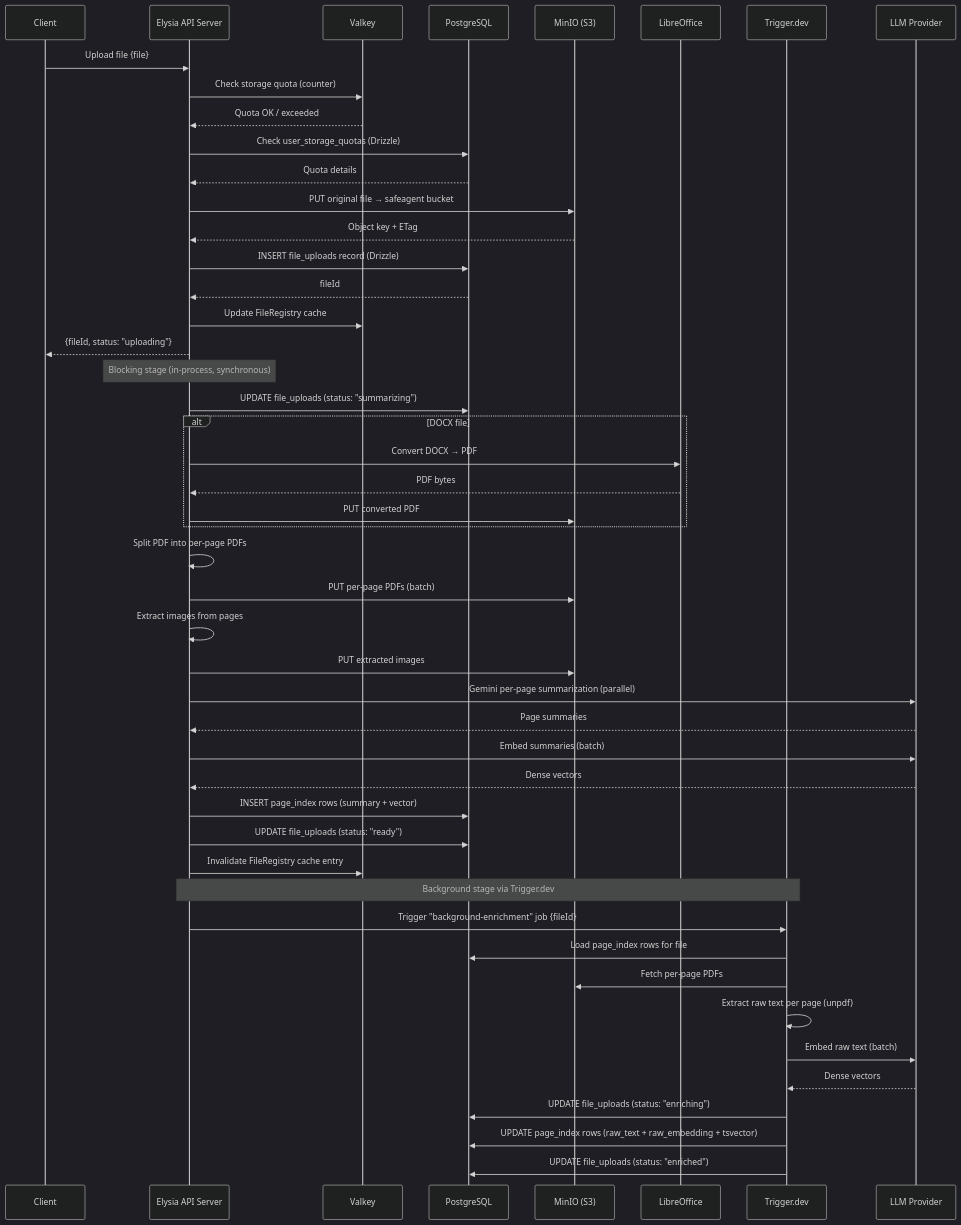
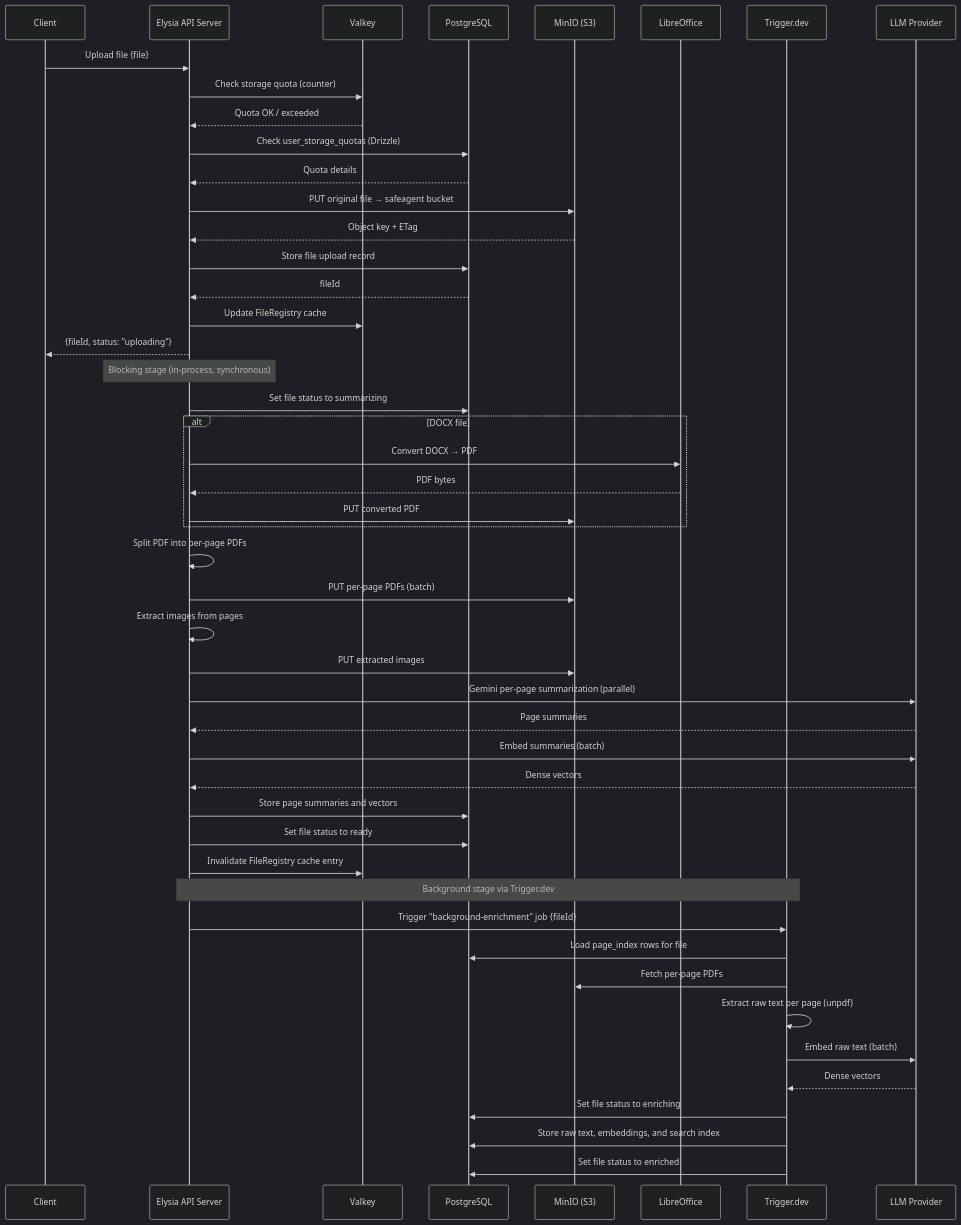
The seventh of 9 diagrams in plan/03-architecture.md (1qh/safeagent), drawn with Mermaid (dark theme) before and after one commit. The commit also changed 8 other files, not shown here.

Commit message:
fix remaining SQL in Mermaid, function signatures, version references across plan files

````diff
--- a/plan/03-architecture.md
+++ b/plan/03-architecture.md
@@ -380,62 +380,62 @@
 ```mermaid
 sequenceDiagram
     participant C as Client
     participant API as Elysia API Server
     participant VK as Valkey
     participant PG as PostgreSQL
     participant S3 as MinIO (S3)
     participant LO as LibreOffice
     participant TR as Trigger.dev
     participant LLM as LLM Provider
 
     C->>API: Upload file {file}
 
     API->>VK: Check storage quota (counter)
     VK-->>API: Quota OK / exceeded
 
     API->>PG: Check user_storage_quotas (Drizzle)
     PG-->>API: Quota details
 
     API->>S3: PUT original file → safeagent bucket
     S3-->>API: Object key + ETag
 
-    API->>PG: INSERT file_uploads record (Drizzle)
+    API->>PG: Store file upload record
     PG-->>API: fileId
 
     API->>VK: Update FileRegistry cache
     API-->>C: {fileId, status: "uploading"}
 
     Note over API: Blocking stage (in-process, synchronous)
 
-    API->>PG: UPDATE file_uploads (status: "summarizing")
+    API->>PG: Set file status to summarizing
 
     alt DOCX file
         API->>LO: Convert DOCX → PDF
         LO-->>API: PDF bytes
         API->>S3: PUT converted PDF
     end
 
     API->>API: Split PDF into per-page PDFs
     API->>S3: PUT per-page PDFs (batch)
     API->>API: Extract images from pages
     API->>S3: PUT extracted images
     API->>LLM: Gemini per-page summarization (parallel)
     LLM-->>API: Page summaries
     API->>LLM: Embed summaries (batch)
     LLM-->>API: Dense vectors
-    API->>PG: INSERT page_index rows (summary + vector)
-    API->>PG: UPDATE file_uploads (status: "ready")
+    API->>PG: Store page summaries and vectors
+    API->>PG: Set file status to ready
     API->>VK: Invalidate FileRegistry cache entry
 
     Note over API,TR: Background stage via Trigger.dev
 
     API->>TR: Trigger "background-enrichment" job {fileId}
     TR->>PG: Load page_index rows for file
     TR->>S3: Fetch per-page PDFs
     TR->>TR: Extract raw text per page (unpdf)
     TR->>LLM: Embed raw text (batch)
     LLM-->>TR: Dense vectors
-    TR->>PG: UPDATE file_uploads (status: "enriching")
-    TR->>PG: UPDATE page_index rows (raw_text + raw_embedding + tsvector)
-    TR->>PG: UPDATE file_uploads (status: "enriched")
+    TR->>PG: Set file status to enriching
+    TR->>PG: Store raw text, embeddings, and search index
+    TR->>PG: Set file status to enriched
 ```
````
